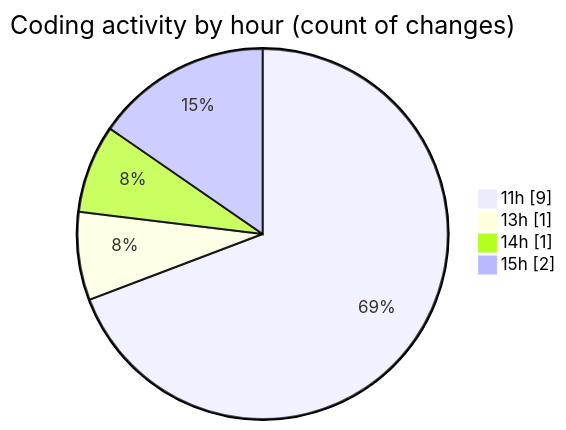
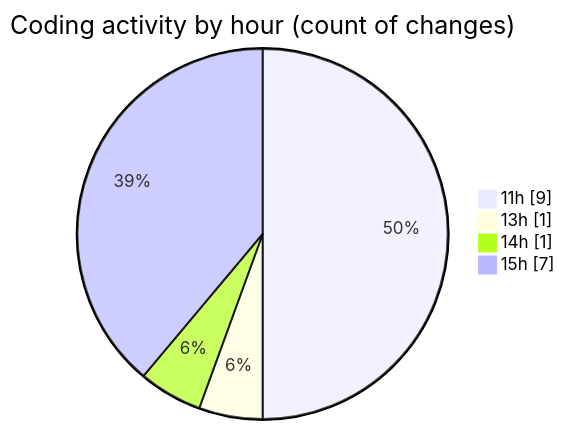
One commit to nxtqubesakshisongat/code-tracking changed the second of 2 diagrams in 2026-01-13/nxtqube_webapp/README.md. Above: the diagram before and after it, drawn with Mermaid. The commit also changed other lines of this file and 1 other file, not shown here.

````diff
--- a/2026-01-13/nxtqube_webapp/README.md
+++ b/2026-01-13/nxtqube_webapp/README.md
@@ -30,8 +30,8 @@
 ```mermaid
 pie showData
 title Coding activity by hour (count of changes)
 "11h" : 9
 "13h" : 1
 "14h" : 1
-"15h" : 2
+"15h" : 7
 ```
````
